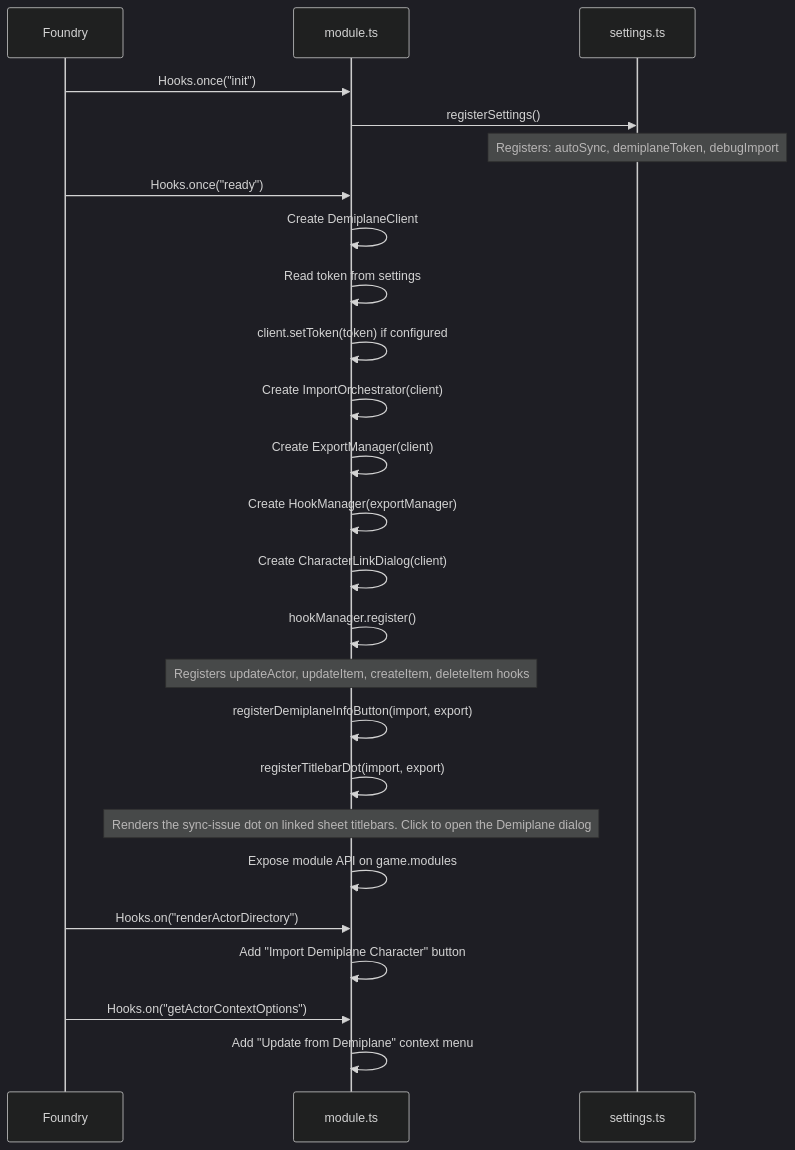
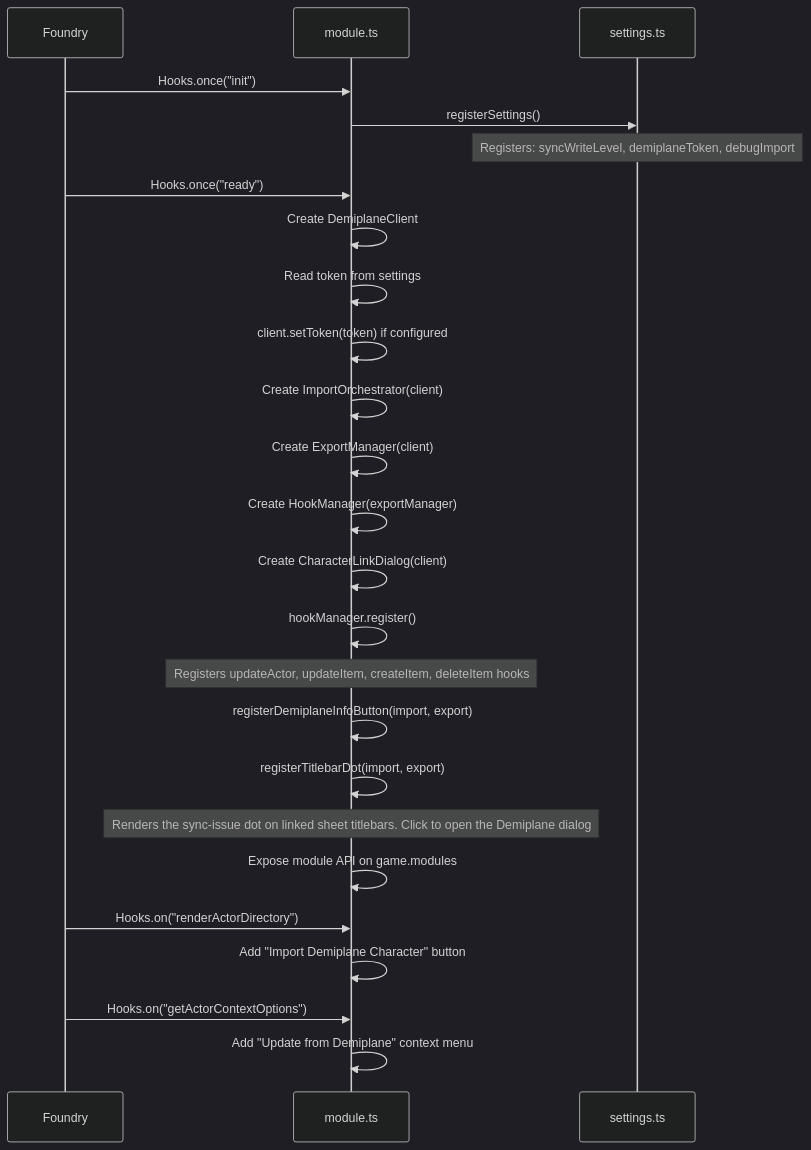
Before and after one commit to scooper4711/demiplane-pf2e: the third of 7 diagrams in docs/ARCHITECTURE.md, drawn with Mermaid (dark theme). The commit also changed other lines of this file and 17 other files, not shown here.

````diff
--- a/docs/ARCHITECTURE.md
+++ b/docs/ARCHITECTURE.md
@@ -333,35 +333,35 @@
 ```mermaid
 sequenceDiagram
     participant Foundry
     participant Module as module.ts
     participant Settings as settings.ts
 
     Foundry->>Module: Hooks.once("init")
     Module->>Settings: registerSettings()
-    Note over Settings: Registers: autoSync, demiplaneToken, debugImport
+    Note over Settings: Registers: syncWriteLevel, demiplaneToken, debugImport
 
     Foundry->>Module: Hooks.once("ready")
     Module->>Module: Create DemiplaneClient
     Module->>Module: Read token from settings
     Module->>Module: client.setToken(token) if configured
 
     Module->>Module: Create ImportOrchestrator(client)
     Module->>Module: Create ExportManager(client)
     Module->>Module: Create HookManager(exportManager)
     Module->>Module: Create CharacterLinkDialog(client)
 
     Module->>Module: hookManager.register()
     Note over Module: Registers updateActor, updateItem, createItem, deleteItem hooks
 
     Module->>Module: registerDemiplaneInfoButton(import, export)
     Module->>Module: registerTitlebarDot(import, export)
     Note over Module: Renders the sync-issue dot on linked sheet titlebars. Click to open the Demiplane dialog
 
     Module->>Module: Expose module API on game.modules
 
     Foundry->>Module: Hooks.on("renderActorDirectory")
     Module->>Module: Add "Import Demiplane Character" button
 
     Foundry->>Module: Hooks.on("getActorContextOptions")
     Module->>Module: Add "Update from Demiplane" context menu
 ```
````
